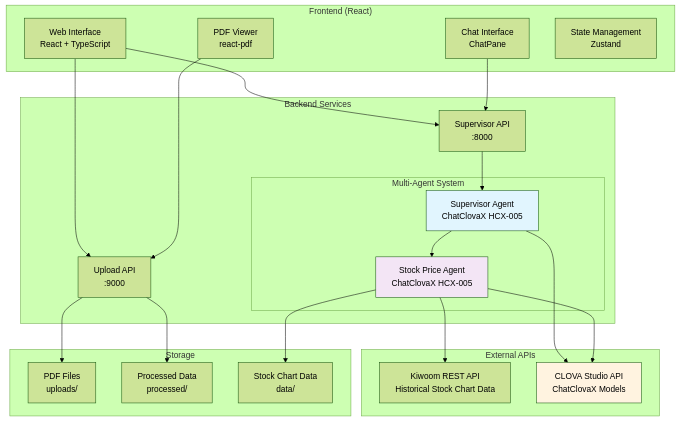
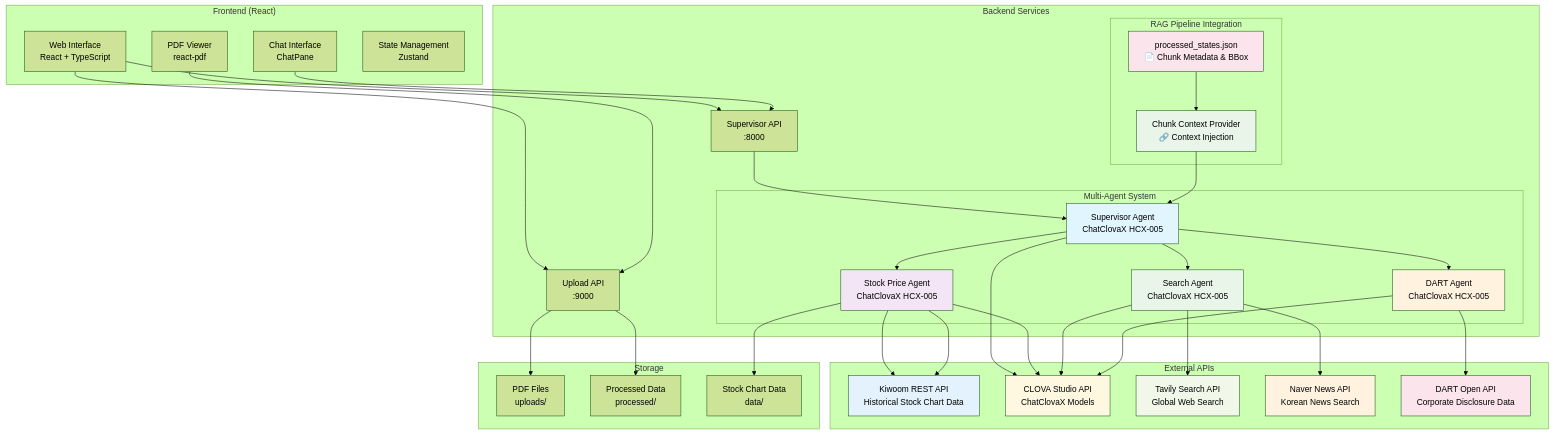
Before and after one commit to yuujinnn/Stockreport-reader: the first of 21 diagrams in backend/MULTI_AGENT_SYSTEM_DOCUMENTATION.md, drawn with Mermaid (forest theme). The commit also changed other lines of this file and 5 other files, not shown here.

````diff
--- a/backend/MULTI_AGENT_SYSTEM_DOCUMENTATION.md
+++ b/backend/MULTI_AGENT_SYSTEM_DOCUMENTATION.md
@@ -35,50 +50,80 @@
 ```mermaid
 graph TB
     subgraph "Frontend (React)"
         UI[Web Interface<br/>React + TypeScript]
         PDF[PDF Viewer<br/>react-pdf]
         Chat[Chat Interface<br/>ChatPane]
         State[State Management<br/>Zustand]
     end
     
     subgraph "Backend Services"
         Upload[Upload API<br/>:9000]
         Supervisor[Supervisor API<br/>:8000]
         
         subgraph "Multi-Agent System"
             SupervisorAgent[Supervisor Agent<br/>ChatClovaX HCX-005]
             StockAgent[Stock Price Agent<br/>ChatClovaX HCX-005]
+            SearchAgent[Search Agent<br/>ChatClovaX HCX-005]
+            DartAgent[DART Agent<br/>ChatClovaX HCX-005]
+        end
+        
+        subgraph "RAG Pipeline Integration"
+            ProcessedStates[processed_states.json<br/>📄 Chunk Metadata & BBox]
+            ChunkContext[Chunk Context Provider<br/>🔗 Context Injection]
         end
     end
     
     subgraph "External APIs"
         Kiwoom[Kiwoom REST API<br/>Historical Stock Chart Data]
         Clova[CLOVA Studio API<br/>ChatClovaX Models]
+        Tavily[Tavily Search API<br/>Global Web Search]
+        Naver[Naver News API<br/>Korean News Search]
+        DARTAPI[DART Open API<br/>Corporate Disclosure Data]
     end
     
     subgraph "Storage"
         PDFs[PDF Files<br/>uploads/]
         Processed[Processed Data<br/>processed/]
         StockData[Stock Chart Data<br/>data/]
     end
     
     UI --> Upload
     UI --> Supervisor
     PDF --> Upload
     Chat --> Supervisor
     
     Upload --> PDFs
     Upload --> Processed
     
     Supervisor --> SupervisorAgent
     SupervisorAgent --> StockAgent
+    SupervisorAgent --> SearchAgent
+    SupervisorAgent --> DartAgent
+    
     StockAgent --> Kiwoom
     StockAgent --> StockData
     
+    ProcessedStates --> ChunkContext
+    ChunkContext --> SupervisorAgent
+    
     SupervisorAgent --> Clova
     StockAgent --> Clova
+    StockAgent --> Kiwoom
+    SearchAgent --> Clova
+    SearchAgent --> Tavily
+    SearchAgent --> Naver
+    DartAgent --> Clova  
+    DartAgent --> DARTAPI
     
     style SupervisorAgent fill:#e1f5fe
     style StockAgent fill:#f3e5f5
-    style Clova fill:#fff3e0
+    style SearchAgent fill:#e8f5e8
+    style DartAgent fill:#fff3e0
+    style ProcessedStates fill:#fce4ec
+    style ChunkContext fill:#e8f5e8
+    style Clova fill:#fff8e1
+    style Kiwoom fill:#e3f2fd
+    style Tavily fill:#f1f8e9
+    style Naver fill:#fff3e0
+    style DARTAPI fill:#fce4ec
 ```
````
